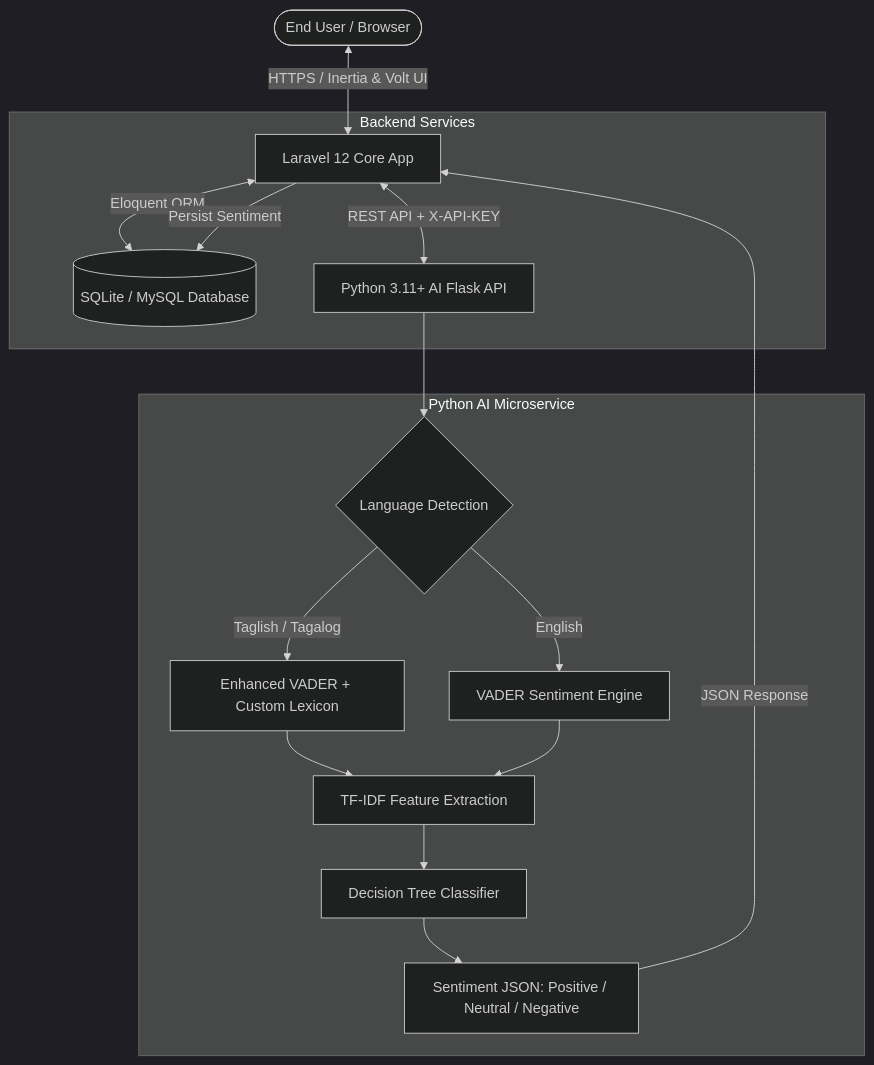
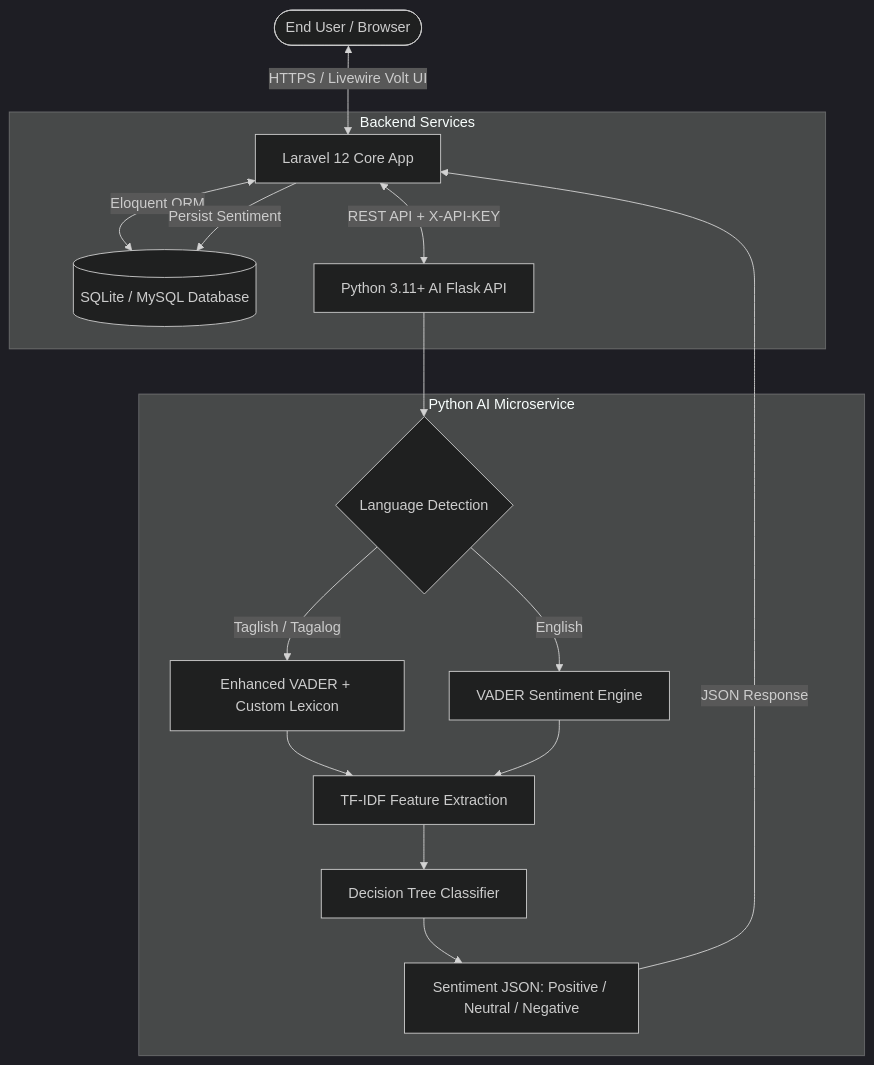
One commit to thehonored1ne/EvaluationSystemCapstone changed the diagram in README.md. Above: the diagram before and after it, drawn with Mermaid (dark theme). The commit also changed other lines of this file, not shown here.

````diff
--- a/README.md
+++ b/README.md
@@ -40,22 +77,22 @@
 ```mermaid
 graph TD
-    User([End User / Browser]) <-->|HTTPS / Inertia & Volt UI| LaravelApp[Laravel 12 Core App]
+    User([End User / Browser]) <-->|HTTPS / Livewire Volt UI| LaravelApp[Laravel 12 Core App]
   
     subgraph Backend Services
         LaravelApp <-->|Eloquent ORM| Database[(SQLite / MySQL Database)]
         LaravelApp <-->|REST API + X-API-KEY| PythonAI[Python 3.11+ AI Flask API]
     end
   
     subgraph Python AI Microservice
         PythonAI --> LangDetect{Language Detection}
         LangDetect -->|Taglish / Tagalog| TaglishVADER[Enhanced VADER + Custom Lexicon]
         LangDetect -->|English| StandardVADER[VADER Sentiment Engine]
         TaglishVADER --> FeatureVector[TF-IDF Feature Extraction]
         StandardVADER --> FeatureVector
         FeatureVector --> DecisionTree[Decision Tree Classifier]
         DecisionTree --> OutputJSON[Sentiment JSON: Positive / Neutral / Negative]
     end
   
     OutputJSON -->|JSON Response| LaravelApp
     LaravelApp -->|Persist Sentiment| Database
 ```
````
